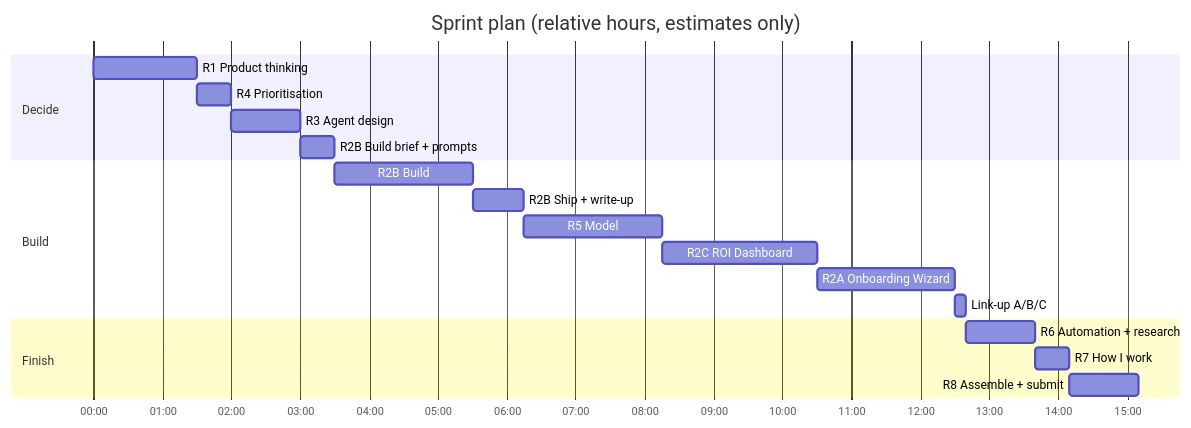
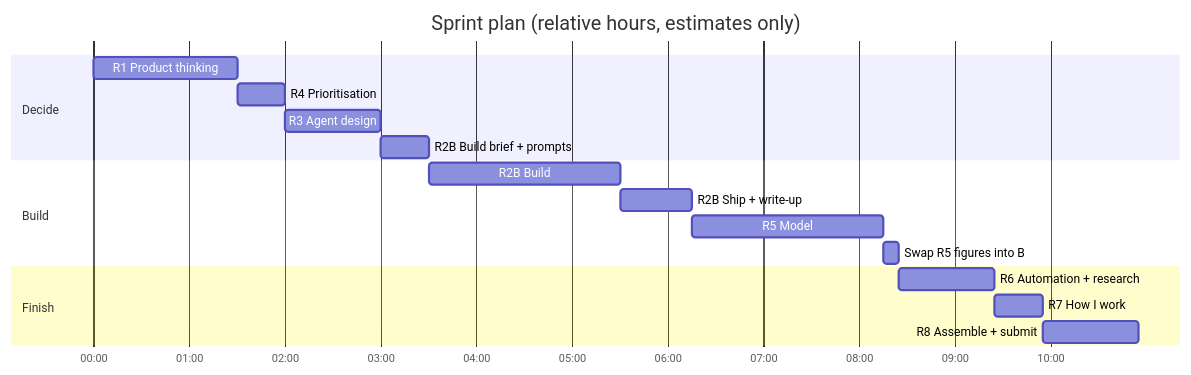
Before and after one commit to bhawnamanglapm/Franchise-in-a-Box-OS: the eighth of 8 diagrams in docs/architecture.md, drawn with Mermaid. The commit also changed other lines of this file and 37 other files, not shown here.

First line of the commit message:
Task 2 is Option B only: revise D-10 and update docs and diagrams

````diff
--- a/docs/architecture.md
+++ b/docs/architecture.md
@@ -285,23 +260,21 @@
 ```mermaid
 gantt
   title Sprint plan (relative hours, estimates only)
   dateFormat HH:mm
   axisFormat %H:%M
   todayMarker off
   section Decide
   R1 Product thinking        :r1, 00:00, 90m
   R4 Prioritisation          :r4, after r1, 30m
   R3 Agent design            :r3, after r4, 60m
   R2B Build brief + prompts  :rb, after r3, 30m
   section Build
   R2B Build                  :r2, after rb, 120m
   R2B Ship + write-up        :r2s, after r2, 45m
   R5 Model                   :r5, after r2s, 120m
-  R2C ROI Dashboard          :r2c, after r5, 135m
-  R2A Onboarding Wizard      :r2a, after r2c, 120m
-  Link-up A/B/C              :lk, after r2a, 10m
+  Swap R5 figures into B     :lk, after r5, 10m
   section Finish
   R6 Automation + research   :r6, after lk, 60m
   R7 How I work              :r7, after r6, 30m
   R8 Assemble + submit       :r8, after r7, 60m
 ```
````
